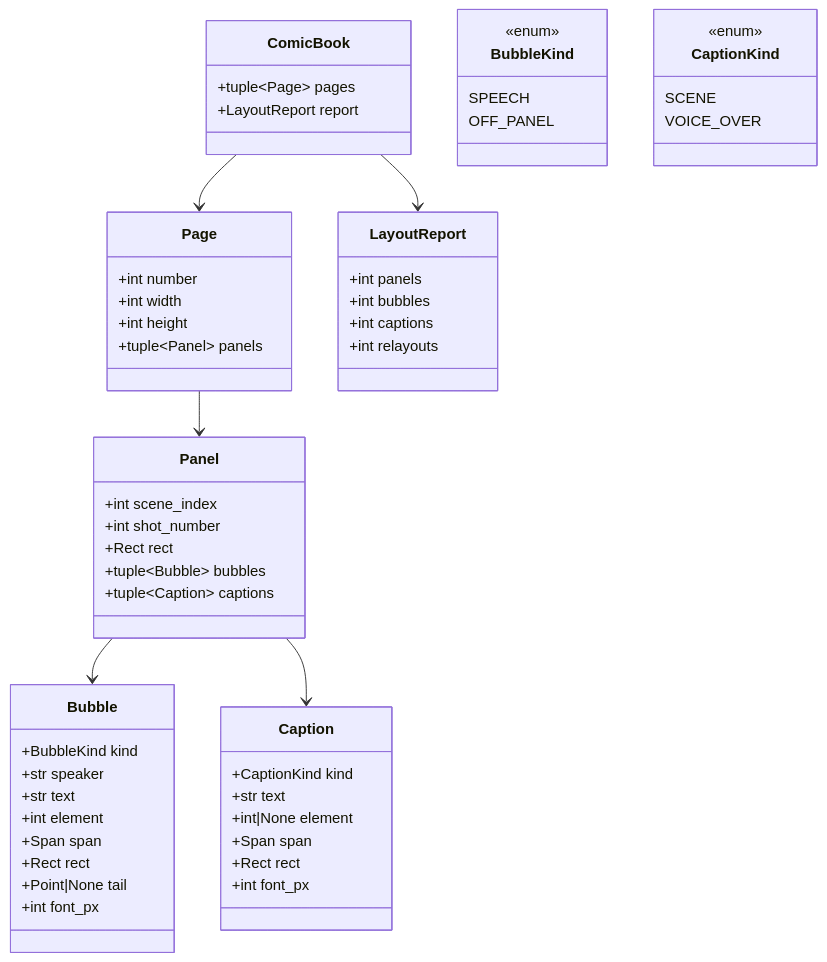
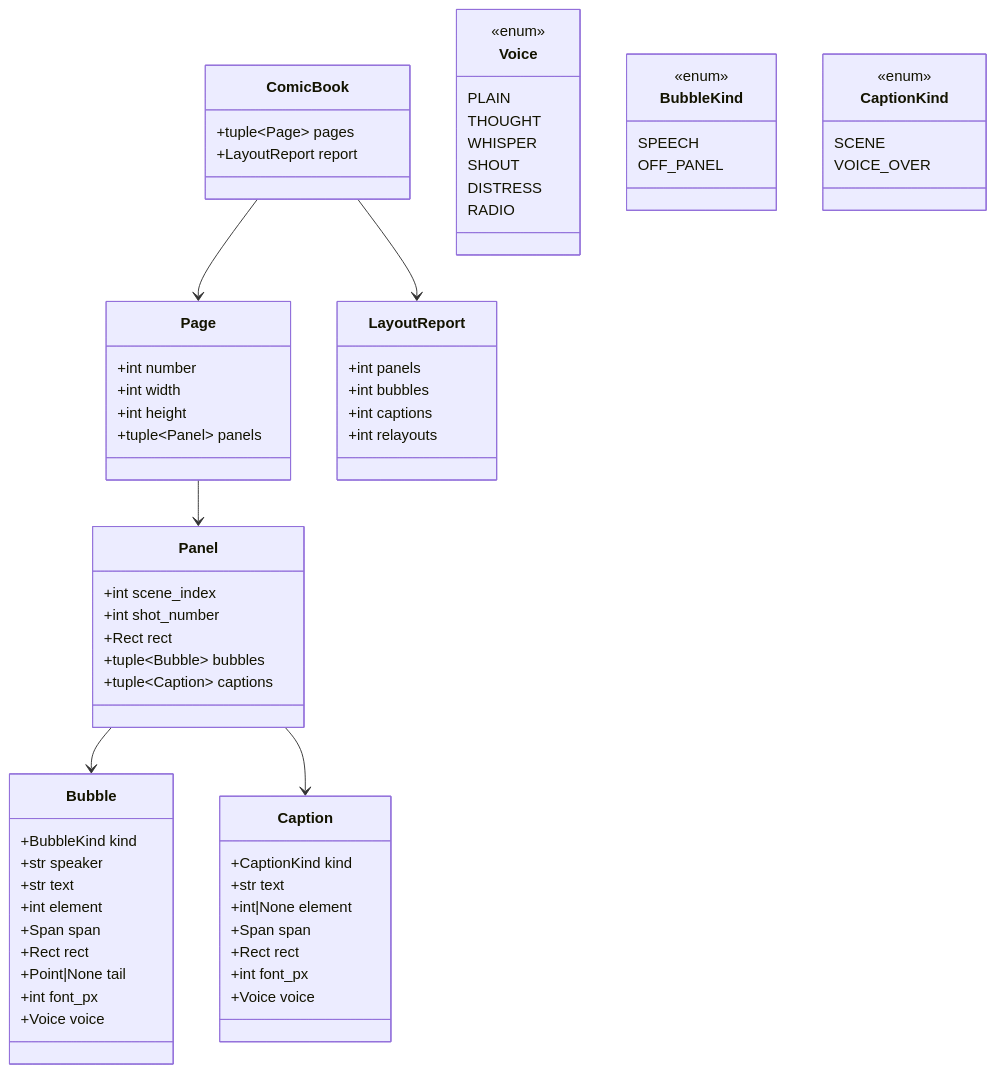
Before and after one commit to Katlego-tech/Panelwise: the first of 3 diagrams in docs/design/comic.md, drawn with Mermaid. The commit also changed other lines of this file and 2 other files, not shown here.

````diff
--- a/docs/design/comic.md
+++ b/docs/design/comic.md
@@ -37,59 +37,70 @@
 ```mermaid
 classDiagram
     class ComicBook {
         +tuple~Page~ pages
         +LayoutReport report
     }
     class Page {
         +int number
         +int width
         +int height
         +tuple~Panel~ panels
     }
     class Panel {
         +int scene_index
         +int shot_number
         +Rect rect
         +tuple~Bubble~ bubbles
         +tuple~Caption~ captions
     }
     class Bubble {
         +BubbleKind kind
         +str speaker
         +str text
         +int element
         +Span span
         +Rect rect
         +Point|None tail
         +int font_px
+        +Voice voice
     }
     class Caption {
         +CaptionKind kind
         +str text
         +int|None element
         +Span span
         +Rect rect
         +int font_px
+        +Voice voice
+    }
+    class Voice {
+        <<enum>>
+        PLAIN
+        THOUGHT
+        WHISPER
+        SHOUT
+        DISTRESS
+        RADIO
     }
     class LayoutReport {
         +int panels
         +int bubbles
         +int captions
         +int relayouts
     }
     class BubbleKind {
         <<enum>>
         SPEECH
         OFF_PANEL
     }
     class CaptionKind {
         <<enum>>
         SCENE
         VOICE_OVER
     }
     ComicBook --> Page
     ComicBook --> LayoutReport
     Page --> Panel
     Panel --> Bubble
     Panel --> Caption
 ```
````
